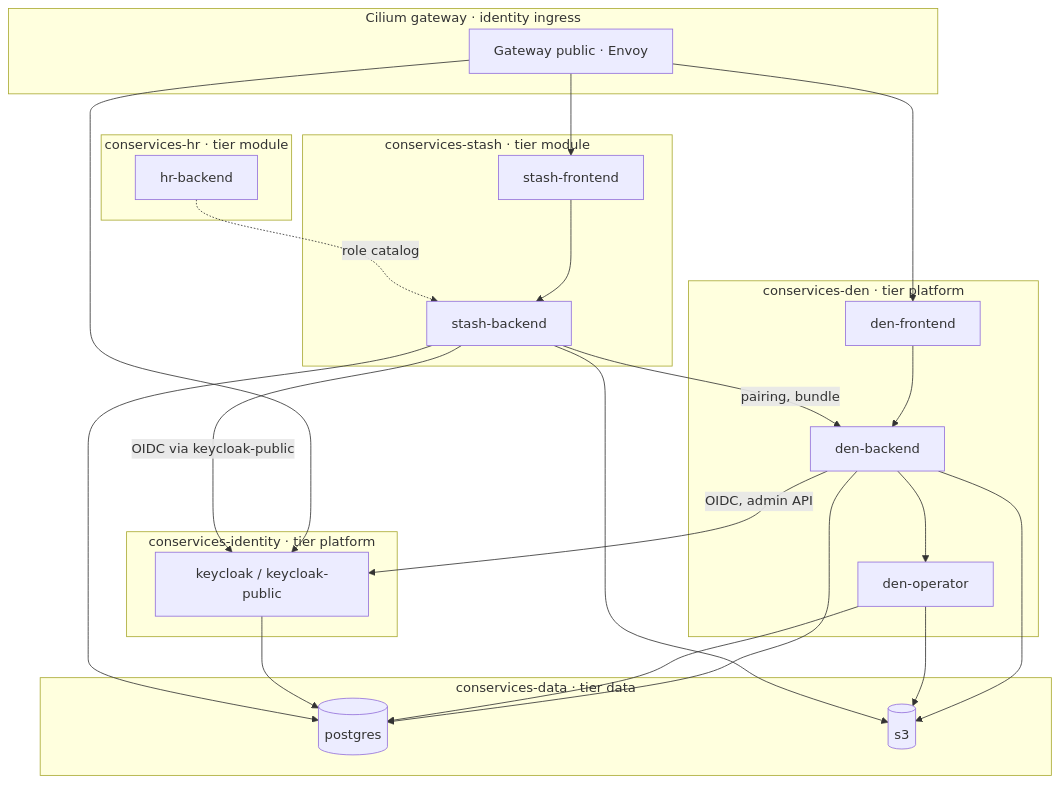
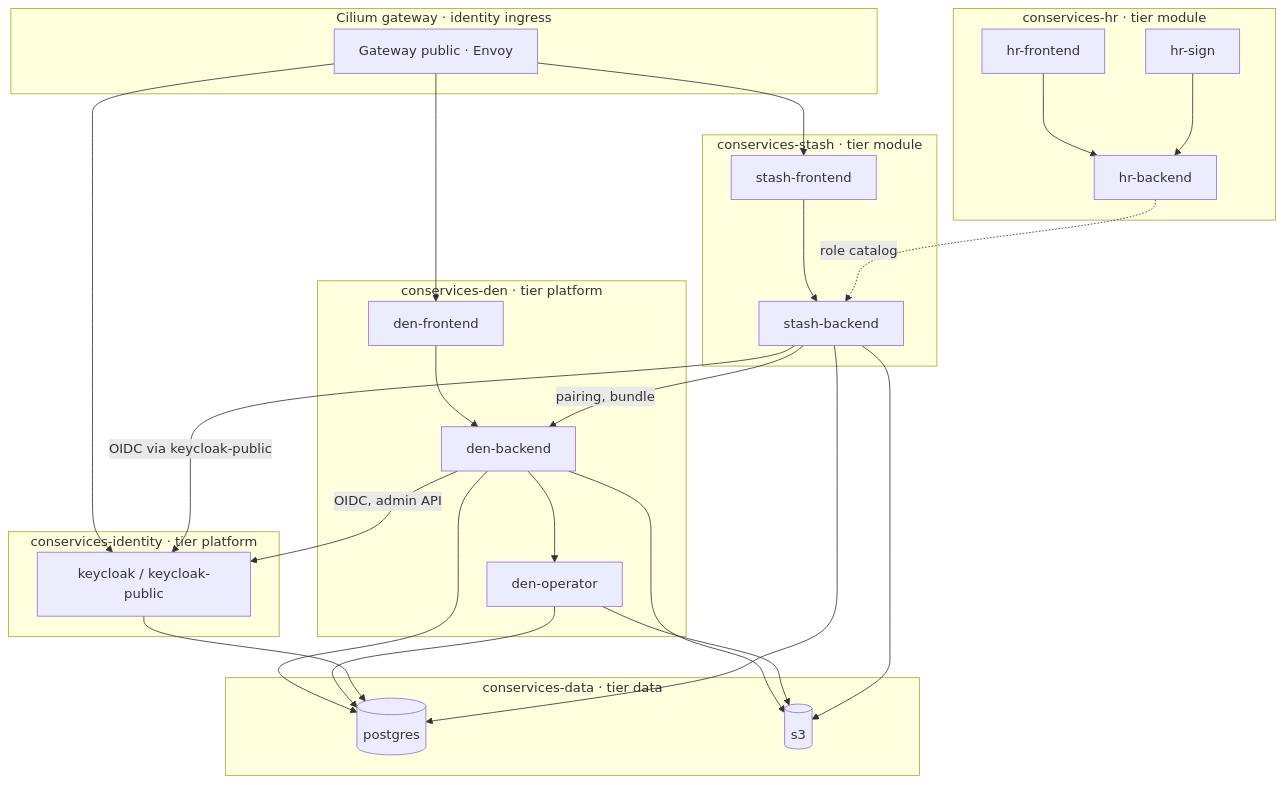
The diagram in docs/operations/network-policies.md (AGlElectronics/con-services), drawn with Mermaid before and after one commit. The commit also changed other lines of this file and 8 other files, not shown here.

````diff
--- a/docs/operations/network-policies.md
+++ b/docs/operations/network-policies.md
@@ -19,38 +19,39 @@
 ```mermaid
 flowchart TB
     subgraph gw [Cilium gateway · identity ingress]
         ic[Gateway public · Envoy]
     end
     subgraph id [conservices-identity · tier platform]
         kc[keycloak / keycloak-public]
     end
     subgraph den [conservices-den · tier platform]
         fe[den-frontend] --> be[den-backend]
         be --> op[den-operator]
     end
     subgraph data [conservices-data · tier data]
         pg[(postgres)]
         s3[(s3)]
     end
     subgraph stash [conservices-stash · tier module]
         sfe[stash-frontend] --> sbe[stash-backend]
     end
     subgraph hr [conservices-hr · tier module]
-        hbe[hr-backend]
+        hfe[hr-frontend] --> hbe[hr-backend]
+        hsign[hr-sign] --> hbe
     end
 
     ic --> fe
     ic --> sfe
     ic --> kc
     be -->|OIDC, admin API| kc
     sbe -->|OIDC via keycloak-public| kc
     be --> pg
     be --> s3
     op --> pg
     op --> s3
     kc --> pg
     sbe --> pg
     sbe --> s3
     sbe -->|pairing, bundle| be
     hbe -.->|role catalog| sbe
 ```
````
